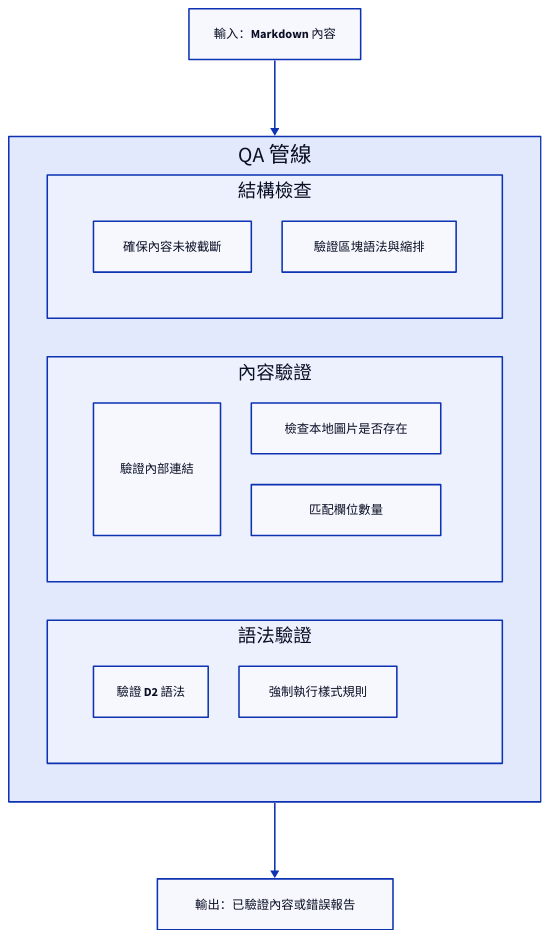
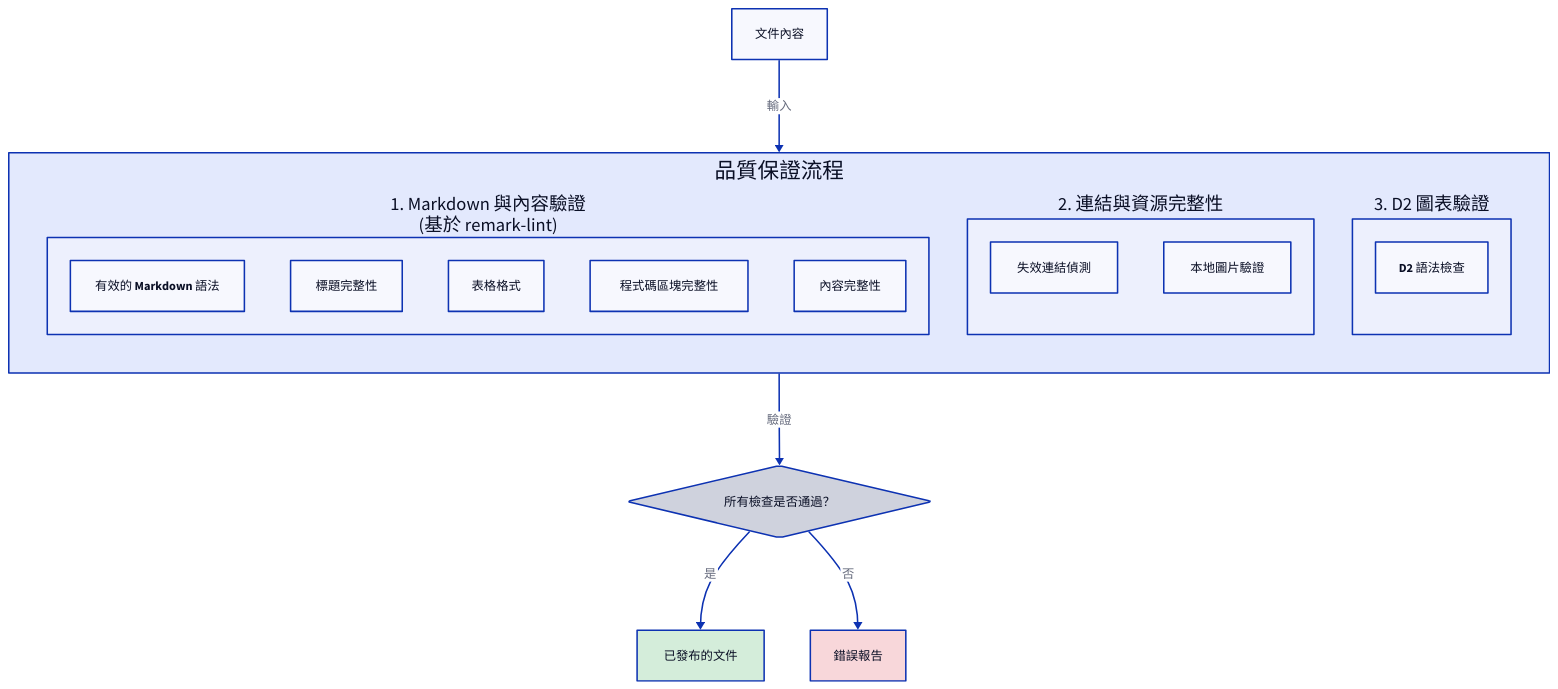
Before and after one commit to AIGNE-io/aigne-doc-smith: the diagram in docs/advanced-quality-assurance.zh-TW.md, drawn with D2. The commit also changed other lines of this file and 69 other files, not shown here.

````diff
--- a/docs/advanced-quality-assurance.zh-TW.md
+++ b/docs/advanced-quality-assurance.zh-TW.md
@@ -7,48 +5,63 @@
-```d2
+```d2 品質保證流程 icon=lucide:shield-check
 direction: down
 
-Input-Markdown-Content: {
-  label: "輸入：Markdown 內容"
+Documentation-Content: {
+  label: "文件內容"
   shape: rectangle
 }
 
-QA-Pipeline: {
-  label: "QA 管線"
+Quality-Assurance-Pipeline: {
+  label: "品質保證流程"
   shape: rectangle
-  grid-columns: 1
+  grid-columns: 3
   grid-gap: 50
 
-  Structural-Checks: {
-    label: "結構檢查"
+  Markdown-Validation: {
+    label: "1. Markdown 與內容驗證\n(基於 remark-lint)"
     shape: rectangle
-    grid-columns: 2
-    Completeness: "確保內容未被截斷"
-    Code-Blocks: "驗證區塊語法與縮排"
+
+    Check-1: "有效的 Markdown 語法"
+    Check-2: "標題完整性"
+    Check-3: "表格格式"
+    Check-4: "程式碼區塊完整性"
+    Check-5: "內容完整性"
   }
 
-  Content-Validation: {
-    label: "內容驗證"
+  Link-Asset-Validation: {
+    label: "2. 連結與資源完整性"
     shape: rectangle
-    grid-columns: 2
-    Link-Integrity: "驗證內部連結"
-    Image-Paths: "檢查本地圖片是否存在"
-    Table-Formatting: "匹配欄位數量"
+
+    Check-6: "失效連結偵測"
+    Check-7: "本地圖片驗證"
   }
 
-  Syntax-Validation: {
-    label: "語法驗證"
+  D2-Diagram-Validation: {
+    label: "3. D2 圖表驗證"
     shape: rectangle
-    grid-columns: 2
-    D2-Diagrams: "驗證 D2 語法"
-    Markdown-Linting: "強制執行樣式規則"
+
+    Check-8: "D2 語法檢查"
   }
 }
 
-Output-Validated-Content-or-Error-Report: {
-  label: "輸出：已驗證內容或錯誤報告"
-  shape: rectangle
+Validation-Result: {
+  label: "所有檢查是否通過？"
+  shape: diamond
 }
 
-Input-Markdown-Content -> QA-Pipeline
-QA-Pipeline -> Output-Validated-Content-or-Error-Report
+Published-Documentation: {
+  label: "已發布的文件"
+  shape: rectangle
+  style.fill: "#d4edda"
+}
+
+Error-Report: {
+  label: "錯誤報告"
+  shape: rectangle
+  style.fill: "#f8d7da"
+}
+
+Documentation-Content -> Quality-Assurance-Pipeline: "輸入"
+Quality-Assurance-Pipeline -> Validation-Result: "驗證"
+Validation-Result -> Published-Documentation: "是"
+Validation-Result -> Error-Report: "否"
 ```
````
